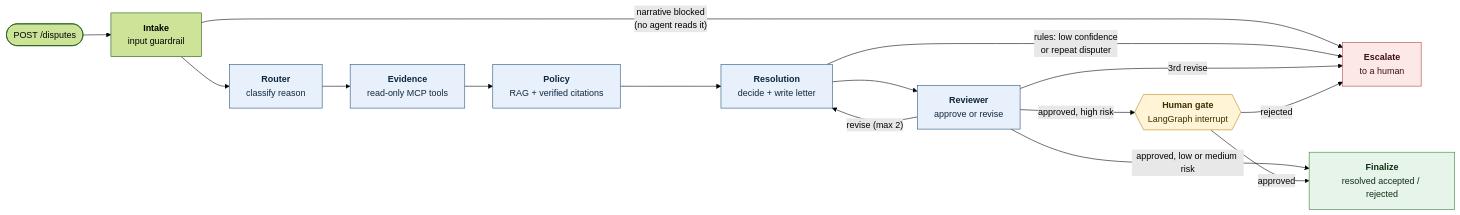
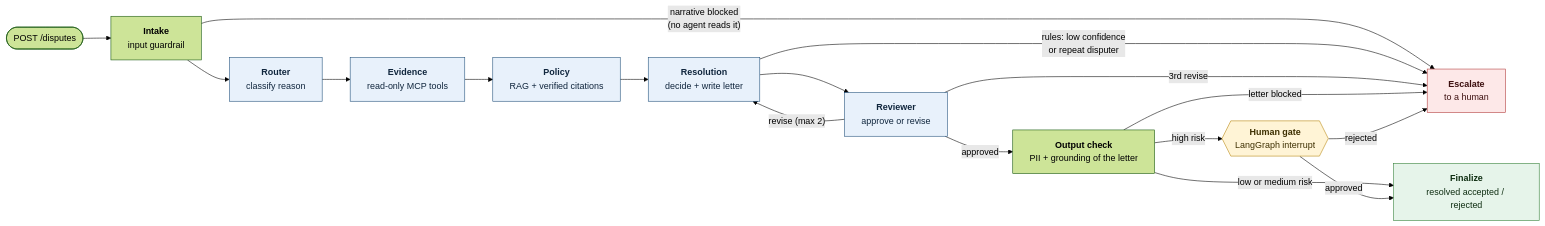
Before and after one commit to srinivasvarala/DisputeDesk-Multi-Agent-Card-Dispute-Resolution-Platform: the second of 2 diagrams in README.md, drawn with Mermaid (forest theme). The commit also changed other lines of this file and 5 other files, not shown here.

Commit message:
docs: record M10 (output guardrail, audit text rule, maker-checker) and add the phase 3 roadmap

````diff
--- a/README.md
+++ b/README.md
@@ -147,26 +147,28 @@
 ```mermaid
 flowchart LR
     START(["POST /disputes"]) --> INTAKE["<b>Intake</b><br/>input guardrail"]
     INTAKE -->|"narrative blocked<br/>(no agent reads it)"| ESCALATE
     INTAKE --> ROUTER["<b>Router</b><br/>classify reason"]
     ROUTER --> EVIDENCE["<b>Evidence</b><br/>read-only MCP tools"]
     EVIDENCE --> POLICY["<b>Policy</b><br/>RAG + verified citations"]
     POLICY --> RESOLUTION["<b>Resolution</b><br/>decide + write letter"]
     RESOLUTION -->|"rules: low confidence<br/>or repeat disputer"| ESCALATE
     RESOLUTION --> REVIEWER["<b>Reviewer</b><br/>approve or revise"]
     REVIEWER -->|"revise (max 2)"| RESOLUTION
     REVIEWER -->|"3rd revise"| ESCALATE
-    REVIEWER -->|"approved, low or medium risk"| FINALIZE
-    REVIEWER -->|"approved, high risk"| GATE{{"<b>Human gate</b><br/>LangGraph interrupt"}}
+    REVIEWER -->|"approved"| OUTPUT["<b>Output check</b><br/>PII + grounding of the letter"]
+    OUTPUT -->|"letter blocked"| ESCALATE
+    OUTPUT -->|"low or medium risk"| FINALIZE
+    OUTPUT -->|"high risk"| GATE{{"<b>Human gate</b><br/>LangGraph interrupt"}}
     GATE -->|"approved"| FINALIZE["<b>Finalize</b><br/>resolved accepted / rejected"]
     GATE -->|"rejected"| ESCALATE["<b>Escalate</b><br/>to a human"]
 
     classDef agent fill:#e8f1fb,stroke:#1f4e79,color:#10263d
     classDef human fill:#fff4d6,stroke:#b8860b,color:#3d2f00
     classDef bad fill:#fde8e8,stroke:#b03a3a,color:#3d1010
     classDef good fill:#e6f4ea,stroke:#2e7d32,color:#0f2e12
     class ROUTER,EVIDENCE,POLICY,RESOLUTION,REVIEWER agent
     class GATE human
     class ESCALATE bad
     class FINALIZE good
 ```
````
